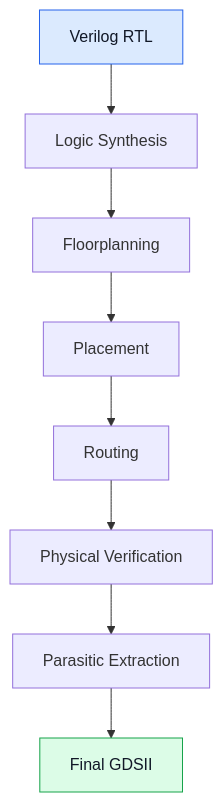
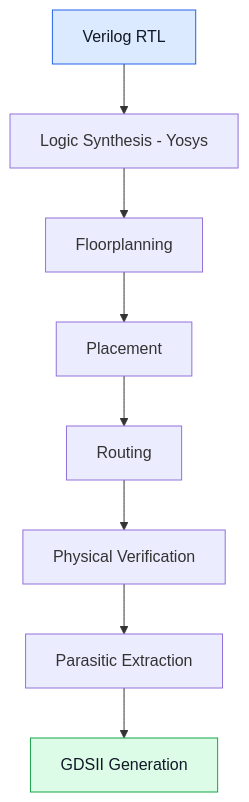
One commit to harshadjagtap17/6-Tap-FIR-Filter-ASIC--RTL-to-GDSII changed the second of 2 diagrams in README.md. Above: the diagram before and after it, drawn with Mermaid. The commit also changed other lines of this file, not shown here.

````diff
--- a/README.md
+++ b/README.md
@@ -172,13 +169,13 @@
 ```mermaid
 flowchart TD
-    A["Verilog RTL"] --> B["Logic Synthesis"]
+    A["Verilog RTL"] --> B["Logic Synthesis - Yosys"]
     B --> C["Floorplanning"]
     C --> D["Placement"]
     D --> E["Routing"]
     E --> F["Physical Verification"]
     F --> G["Parasitic Extraction"]
-    G --> H["Final GDSII"]
+    G --> H["GDSII Generation"]
 
     style A fill:#dbeafe,stroke:#2563eb,color:#111827
     style H fill:#dcfce7,stroke:#16a34a,color:#111827
 ```
````
